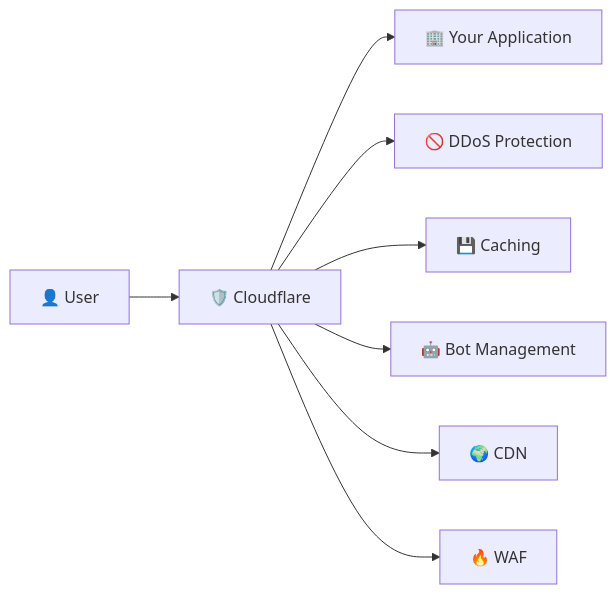
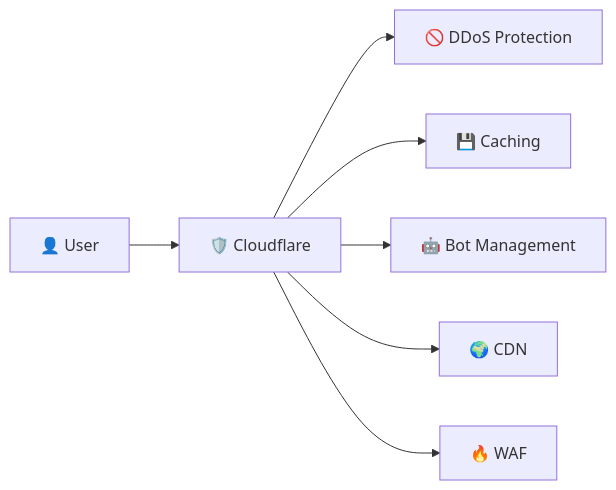
One commit to GraniLuk/Presentations changed the first of 11 diagrams in 1_CloudFlare/cloudflare_outage_2025_en.md. Above: the diagram before and after it, drawn with Mermaid. The commit also changed other lines of this file, not shown here.

Commit message:
Add some comments, remove your application.

````diff
--- a/1_CloudFlare/cloudflare_outage_2025_en.md
+++ b/1_CloudFlare/cloudflare_outage_2025_en.md
@@ -86,11 +89,9 @@
 ```mermaid
 flowchart LR
     A[👤 User] --> B[🛡️ Cloudflare]
-    B --> C[🏢 Your Application]
-    
     B --> D[🚫 DDoS Protection]
     B --> E[💾 Caching]
     B --> F[🤖 Bot Management]
     B --> G[🌍 CDN]
     B --> H[🔥 WAF]
 ```
````
